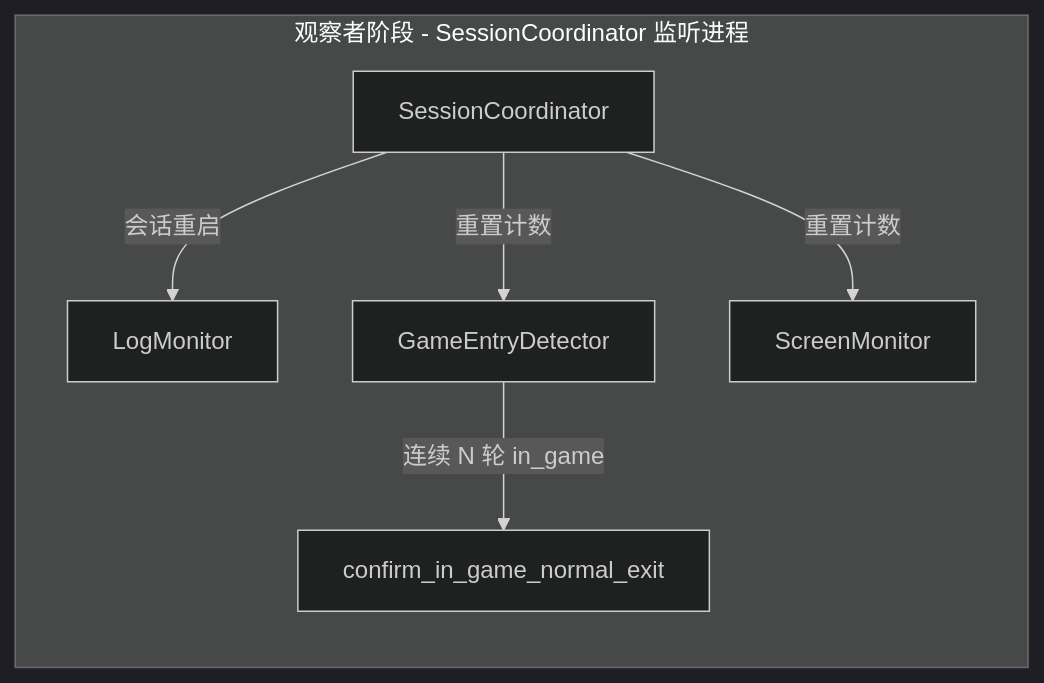
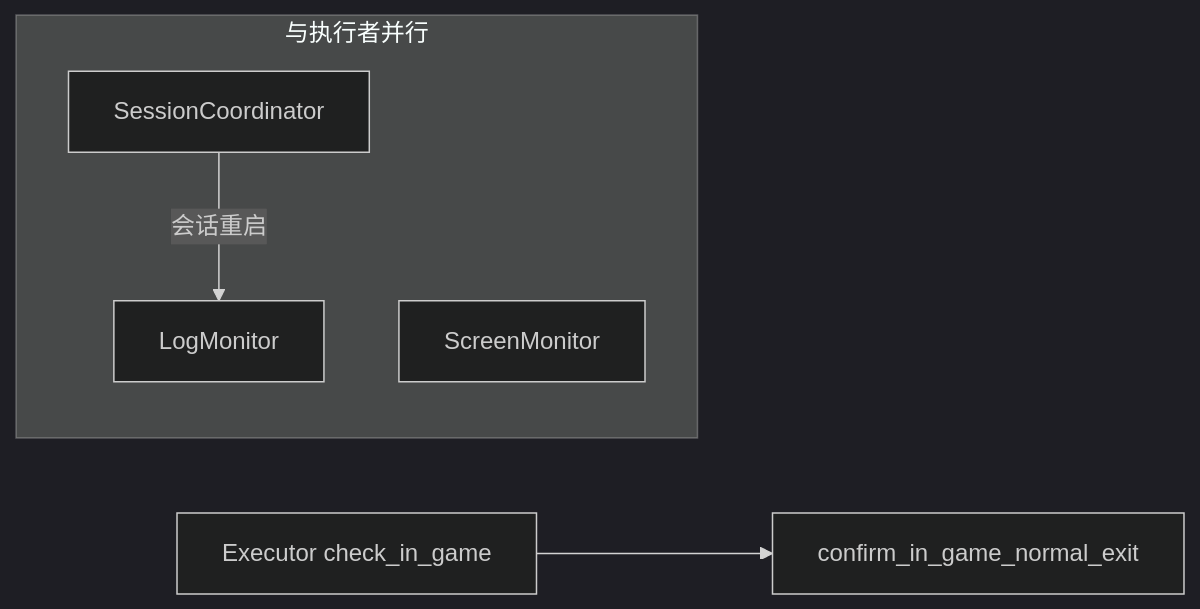
Before and after one commit to WartDipara/ai-test-workflow: the second of 2 diagrams in README.md, drawn with Mermaid (dark theme). The commit also changed other lines of this file and 26 other files, not shown here.

````diff
--- a/README.md
+++ b/README.md
@@ -101,13 +101,10 @@
 ```mermaid
 flowchart LR
-  subgraph observer [观察者阶段 - SessionCoordinator 监听进程]
-    SC[SessionCoordinator]
-    GE[GameEntryDetector]
+  subgraph monitors [与执行者并行]
     LM[LogMonitor]
     SM[ScreenMonitor]
+    SC[SessionCoordinator]
     SC -->|会话重启| LM
-    SC -->|重置计数| GE
-    SC -->|重置计数| SM
-    GE -->|连续 N 轮 in_game| NE[confirm_in_game_normal_exit]
   end
+  EX[Executor check_in_game] --> NE[confirm_in_game_normal_exit]
 ```
````
